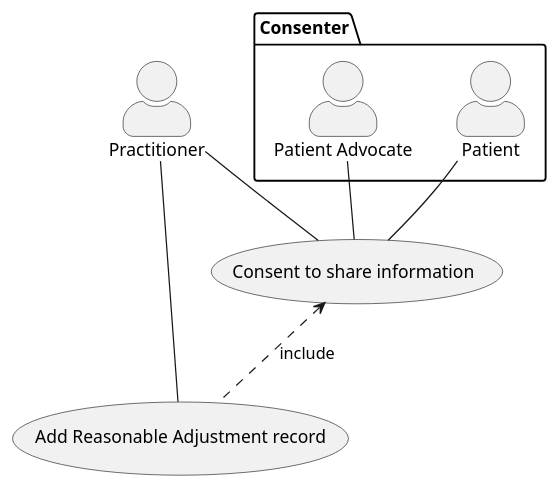
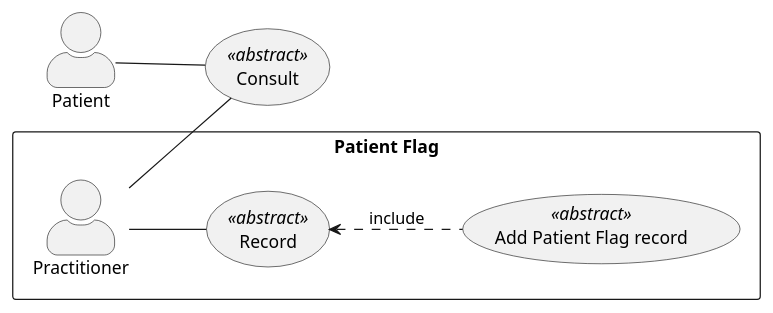
Before and after one commit to NHSDigital/ra-sandbox: the diagram in input/images-source/add-pf-record-usecase.plantuml, drawn with PlantUML. The commit also changed 1 other file, not shown here.

Commit message:
add pf record diags

```diff
--- a/input/images-source/add-pf-record-usecase.plantuml
+++ b/input/images-source/add-pf-record-usecase.plantuml
@@ -1,21 +1,22 @@
 @startuml
 
 skinparam actorStyle awesome
+left to right direction
 
+rectangle "Patient Flag"{
 actor Practitioner as pra
-package Consenter {
-  actor "Patient Advocate" as pad
-  actor Patient as pat
+usecase "Record" as record <<abstract>>
+usecase "Add Patient Flag record" as add <<abstract>>
 }
 
-usecase "Consent to share information" as CON
-usecase "Add Reasonable Adjustment record" as ADD
 
-pat -- CON
-pad -- CON
-pra -- CON
-pra -- ADD
+actor Patient as pat
 
-CON <.. ADD : include
+usecase "Consult" as consult <<abstract>>
+
+pat -- consult
+pra -- consult
+pra -- record
+record <.. add : include
 
 @enduml
```
